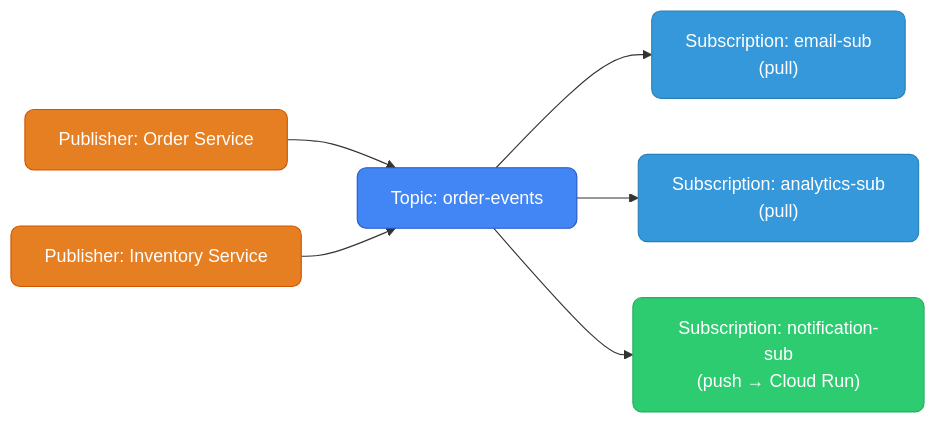
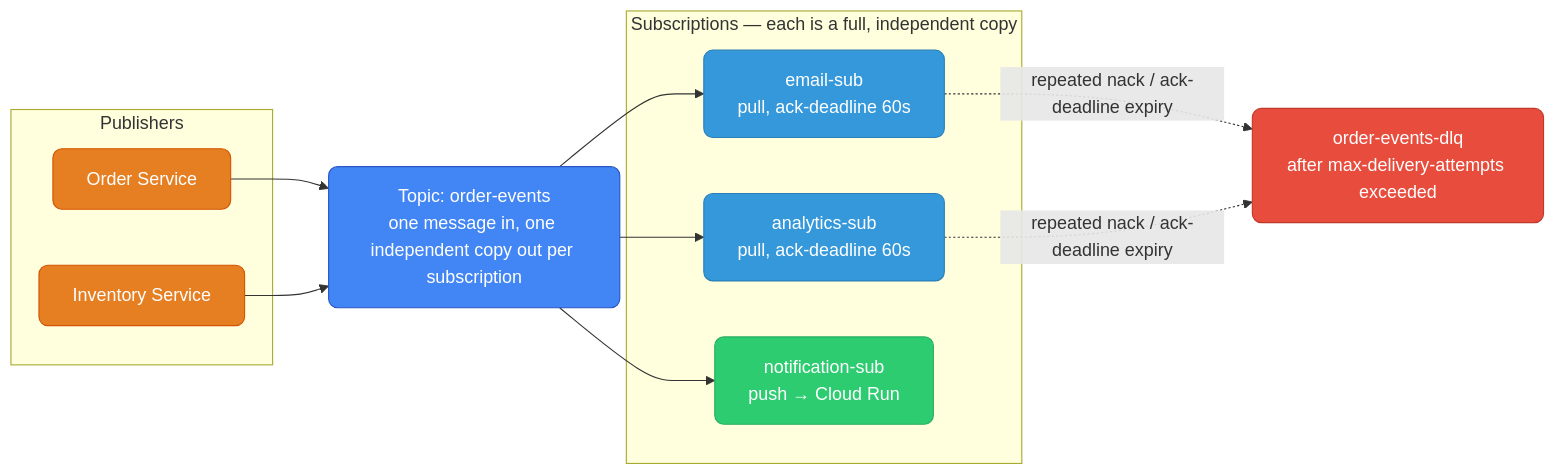
The first of 4 diagrams in gcp/messaging.md (deepanshu-rawat6/DevOpsIndex), drawn with Mermaid before and after one commit. The commit also changed other lines of this file and 14 other files, not shown here.

````diff
--- a/gcp/messaging.md
+++ b/gcp/messaging.md
@@ -22,20 +29,31 @@
 ```mermaid
 graph LR
     classDef gcp fill:#4285f4,stroke:#2a56c6,color:#fff,rx:8
     classDef orange fill:#e67e22,stroke:#d35400,color:#fff,rx:8
     classDef green fill:#2ecc71,stroke:#27ae60,color:#fff,rx:8
     classDef blue fill:#3498db,stroke:#2980b9,color:#fff,rx:8
+    classDef red fill:#e74c3c,stroke:#c0392b,color:#fff,rx:8
 
-    PUB1["Publisher: Order Service"]:::orange
-    PUB2["Publisher: Inventory Service"]:::orange
-    TOPIC["Topic: order-events"]:::gcp
-    SUB1["Subscription: email-sub\n(pull)"]:::blue
-    SUB2["Subscription: analytics-sub\n(pull)"]:::blue
-    SUB3["Subscription: notification-sub\n(push → Cloud Run)"]:::green
+    subgraph PUBLISHERS["Publishers"]
+        PUB1["Order Service"]:::orange
+        PUB2["Inventory Service"]:::orange
+    end
+
+    TOPIC["Topic: order-events<br/>one message in, one independent copy out per subscription"]:::gcp
+
+    subgraph SUBS["Subscriptions — each is a full, independent copy"]
+        SUB1["email-sub<br/>pull, ack-deadline 60s"]:::blue
+        SUB2["analytics-sub<br/>pull, ack-deadline 60s"]:::blue
+        SUB3["notification-sub<br/>push → Cloud Run"]:::green
+    end
+
+    DLQ["order-events-dlq<br/>after max-delivery-attempts exceeded"]:::red
 
     PUB1 --> TOPIC
     PUB2 --> TOPIC
     TOPIC --> SUB1
     TOPIC --> SUB2
     TOPIC --> SUB3
+    SUB1 -.->|"repeated nack / ack-deadline expiry"| DLQ
+    SUB2 -.->|"repeated nack / ack-deadline expiry"| DLQ
 ```
````
